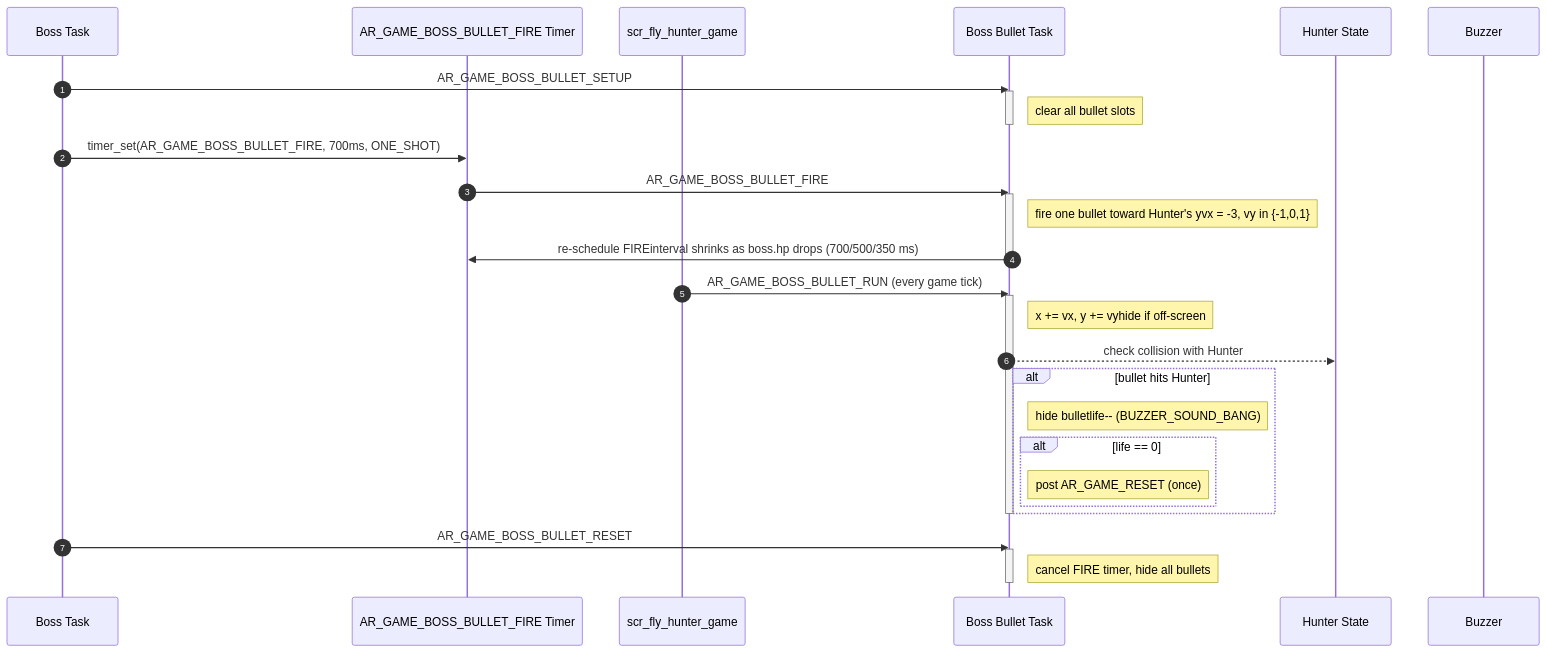
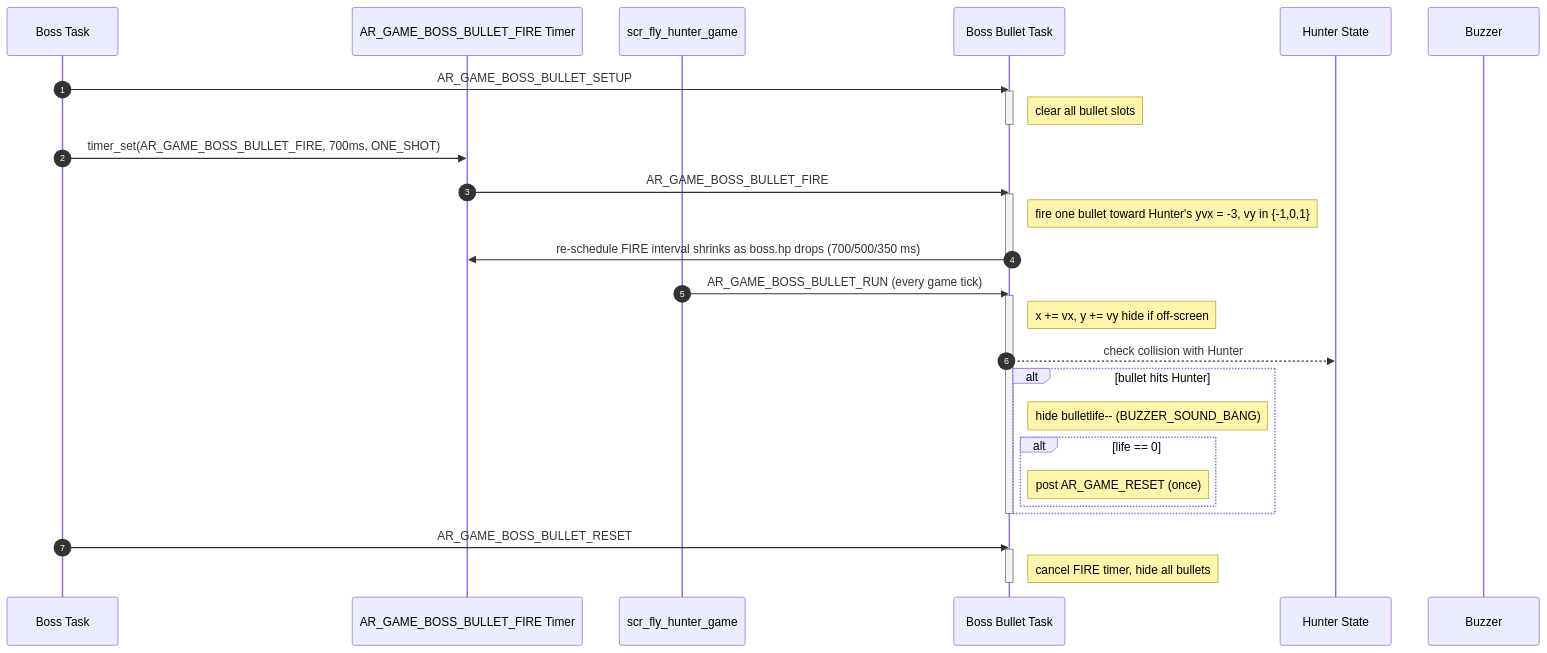
One commit to PhanVanTranh/Fly_Hunter_Game changed the sixth of 8 diagrams in docs/03-design-sequence-object.md. Above: the diagram before and after it, drawn with Mermaid. The commit also changed other lines of this file, not shown here.

Commit message:
Fix formatting and spacing in design sequence document

````diff
--- a/docs/03-design-sequence-object.md
+++ b/docs/03-design-sequence-object.md
@@ -266,39 +266,39 @@
 ```mermaid
 sequenceDiagram
     autonumber
     participant Boss as Boss Task
     participant Timer as AR_GAME_BOSS_BULLET_FIRE Timer
     participant Screen as scr_fly_hunter_game
     participant Bullet as Boss Bullet Task
     participant Hunter as Hunter State
     participant Buzzer as Buzzer
 
     Boss->>Bullet: AR_GAME_BOSS_BULLET_SETUP
     activate Bullet
     Note right of Bullet: clear all bullet slots
     deactivate Bullet
     Boss->>Timer: timer_set(AR_GAME_BOSS_BULLET_FIRE, 700ms, ONE_SHOT)
 
     Timer->>Bullet: AR_GAME_BOSS_BULLET_FIRE
     activate Bullet
     Note right of Bullet: fire one bullet toward Hunter's yvx = -3, vy in {-1,0,1}
-    Bullet->>Timer: re-schedule FIREinterval shrinks as boss.hp drops (700/500/350 ms)
+    Bullet->>Timer: re-schedule FIRE interval shrinks as boss.hp drops (700/500/350 ms)
     deactivate Bullet
 
     Screen->>Bullet: AR_GAME_BOSS_BULLET_RUN (every game tick)
     activate Bullet
-    Note right of Bullet: x += vx, y += vyhide if off-screen
+    Note right of Bullet: x += vx, y += vy hide if off-screen
     Bullet-->>Hunter: check collision with Hunter
     alt bullet hits Hunter
         Note right of Bullet: hide bulletlife-- (BUZZER_SOUND_BANG)
         alt life == 0
             Note right of Bullet: post AR_GAME_RESET (once)
         end
     end
     deactivate Bullet
 
     Boss->>Bullet: AR_GAME_BOSS_BULLET_RESET
     activate Bullet
     Note right of Bullet: cancel FIRE timer, hide all bullets
     deactivate Bullet
 ```
````
